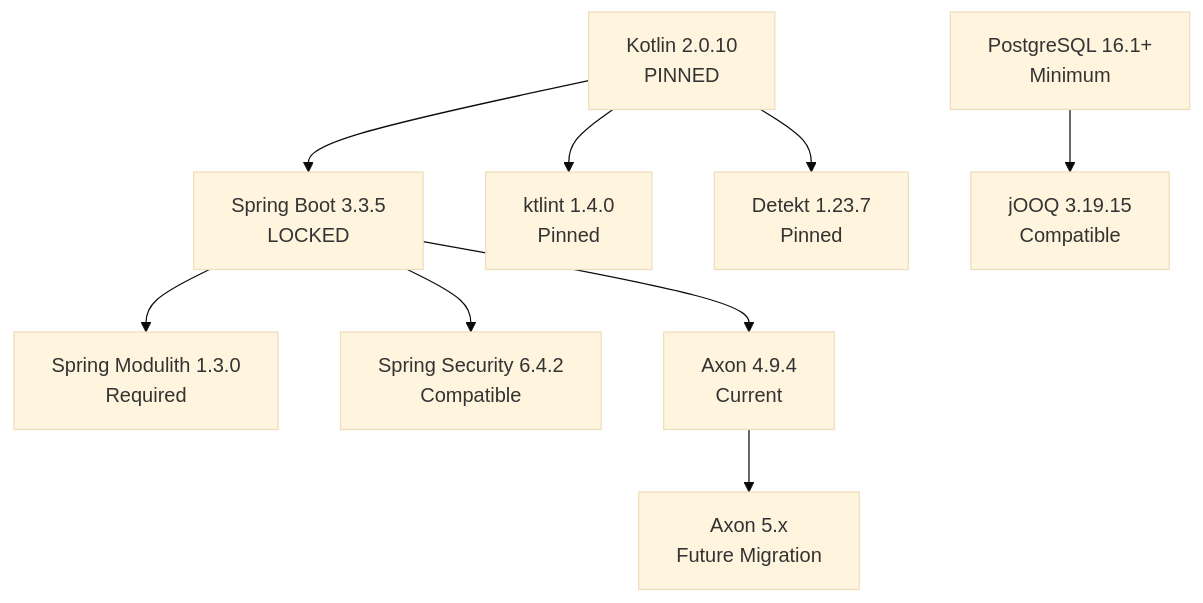
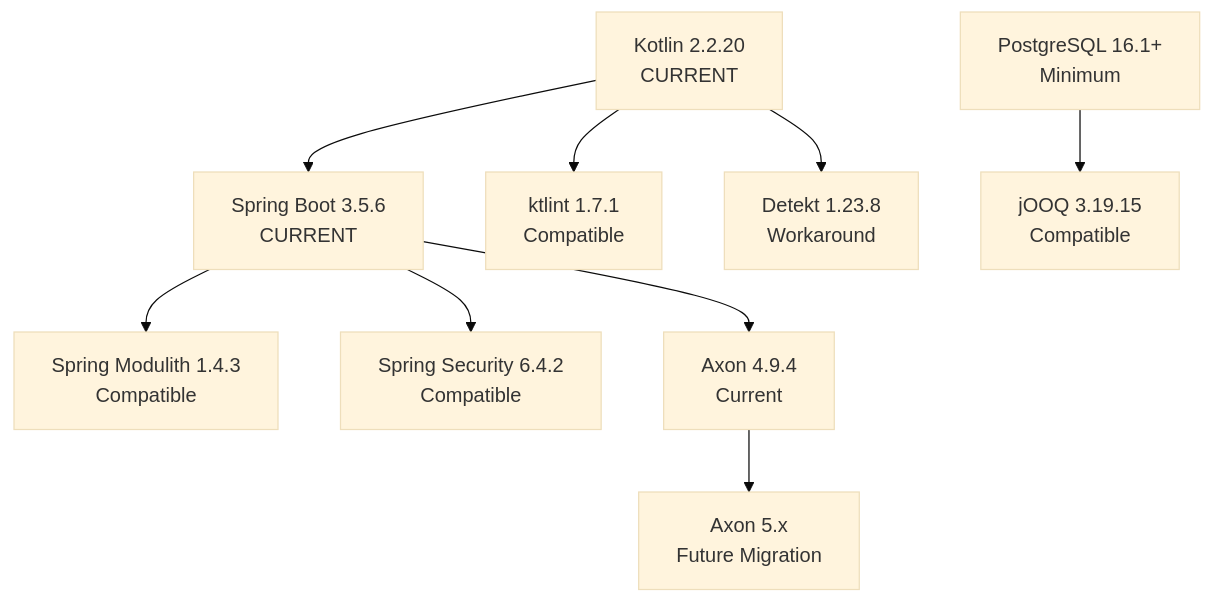
One commit to acita-gmbh/eaf changed the diagram in docs/architecture/tech-stack.md. Above: the diagram before and after it, drawn with Mermaid (base theme). The commit also changed other lines of this file and 36 other files, not shown here.

````diff
--- a/docs/architecture/tech-stack.md
+++ b/docs/architecture/tech-stack.md
@@ -482,13 +482,13 @@
 ```mermaid
 graph TD
-    K["Kotlin 2.0.10<br/>PINNED"] --> SB["Spring Boot 3.3.5<br/>LOCKED"]
-    SB --> SM["Spring Modulith 1.3.0<br/>Required"]
+    K["Kotlin 2.2.20<br/>CURRENT"] --> SB["Spring Boot 3.5.6<br/>CURRENT"]
+    SB --> SM["Spring Modulith 1.4.3<br/>Compatible"]
     SB --> SS["Spring Security 6.4.2<br/>Compatible"]
-    K --> KL["ktlint 1.4.0<br/>Pinned"]
-    K --> D["Detekt 1.23.7<br/>Pinned"]
+    K --> KL["ktlint 1.7.1<br/>Compatible"]
+    K --> D["Detekt 1.23.8<br/>Workaround"]
 
     SB --> A["Axon 4.9.4<br/>Current"]
     A --> A5["Axon 5.x<br/>Future Migration"]
 
     PG["PostgreSQL 16.1+<br/>Minimum"] --> J["jOOQ 3.19.15<br/>Compatible"]
 ```
````
